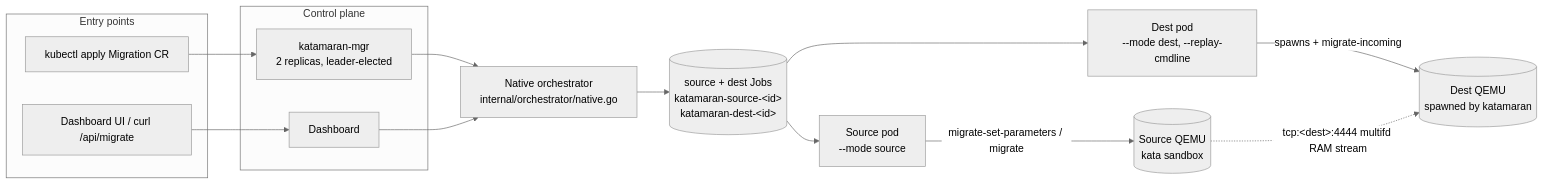
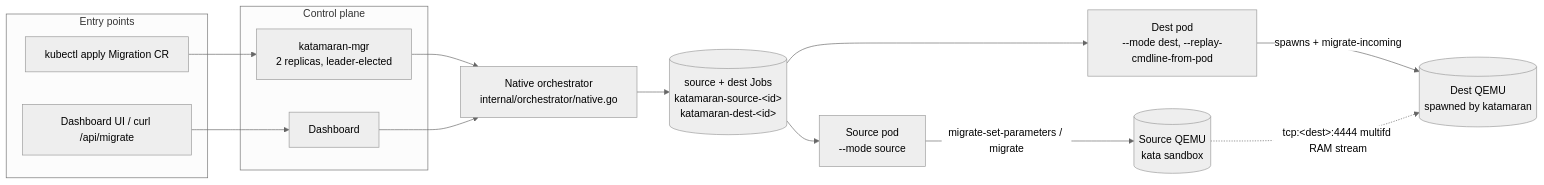
One commit to maci0/katamaran changed the second of 5 diagrams in README.md. Above: the diagram before and after it, drawn with Mermaid (neutral theme). The commit also changed other lines of this file and 73 other files, not shown here.

````diff
--- a/README.md
+++ b/README.md
@@ -406,26 +438,26 @@
 ```mermaid
 flowchart LR
     subgraph entry["Entry points"]
       U1[kubectl apply Migration CR]
       U2[Dashboard UI / curl /api/migrate]
     end
     subgraph control["Control plane"]
       MGR[katamaran-mgr<br/>2 replicas, leader-elected]
       DASH[Dashboard]
     end
     NATIVE[Native orchestrator<br/>internal/orchestrator/native.go]
     JOBS[(source + dest Jobs<br/>katamaran-source-&lt;id&gt;<br/>katamaran-dest-&lt;id&gt;)]
     SRC[Source pod<br/>--mode source]
-    DEST[Dest pod<br/>--mode dest, --replay-cmdline]
+    DEST[Dest pod<br/>--mode dest, --replay-cmdline-from-pod]
     QEMU_SRC[(Source QEMU<br/>kata sandbox)]
     QEMU_DST[(Dest QEMU<br/>spawned by katamaran)]
 
     U1 --> MGR --> NATIVE
     U2 --> DASH --> NATIVE
     NATIVE --> JOBS
     JOBS --> SRC
     JOBS --> DEST
     SRC -- migrate-set-parameters / migrate --> QEMU_SRC
     DEST -- spawns + migrate-incoming --> QEMU_DST
     QEMU_SRC -. tcp:&lt;dest&gt;:4444 multifd RAM stream .-> QEMU_DST
 ```
````
